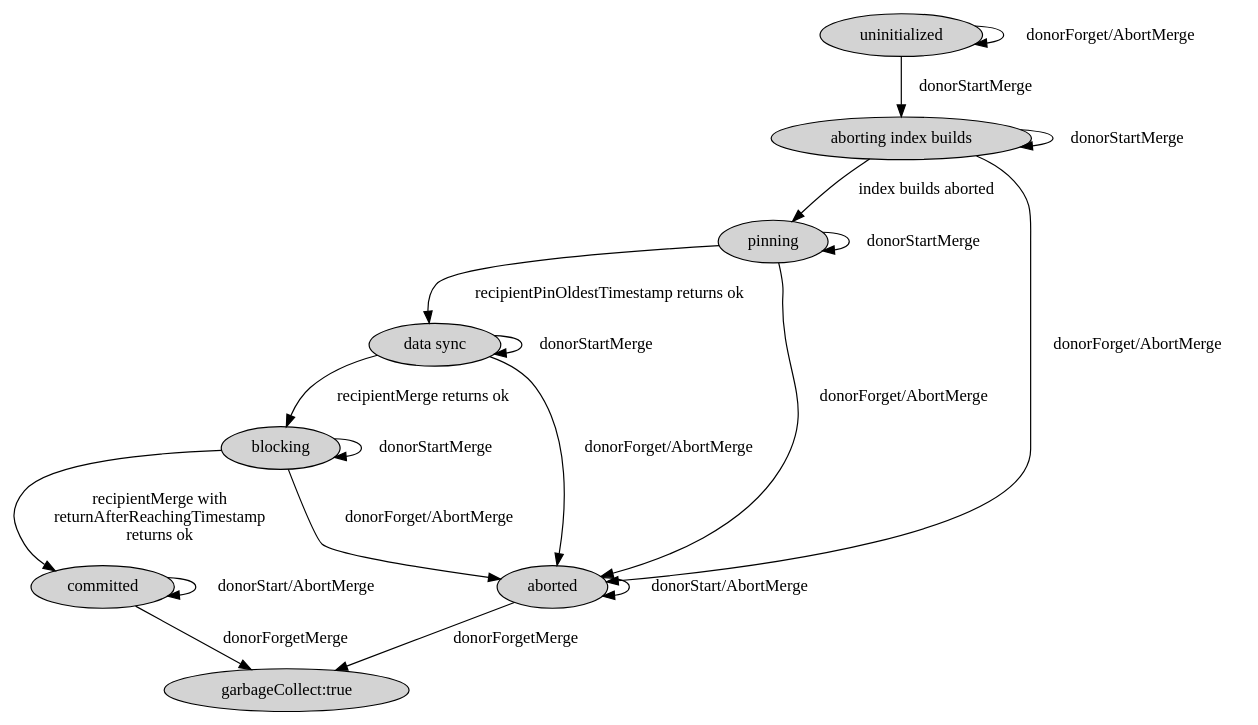
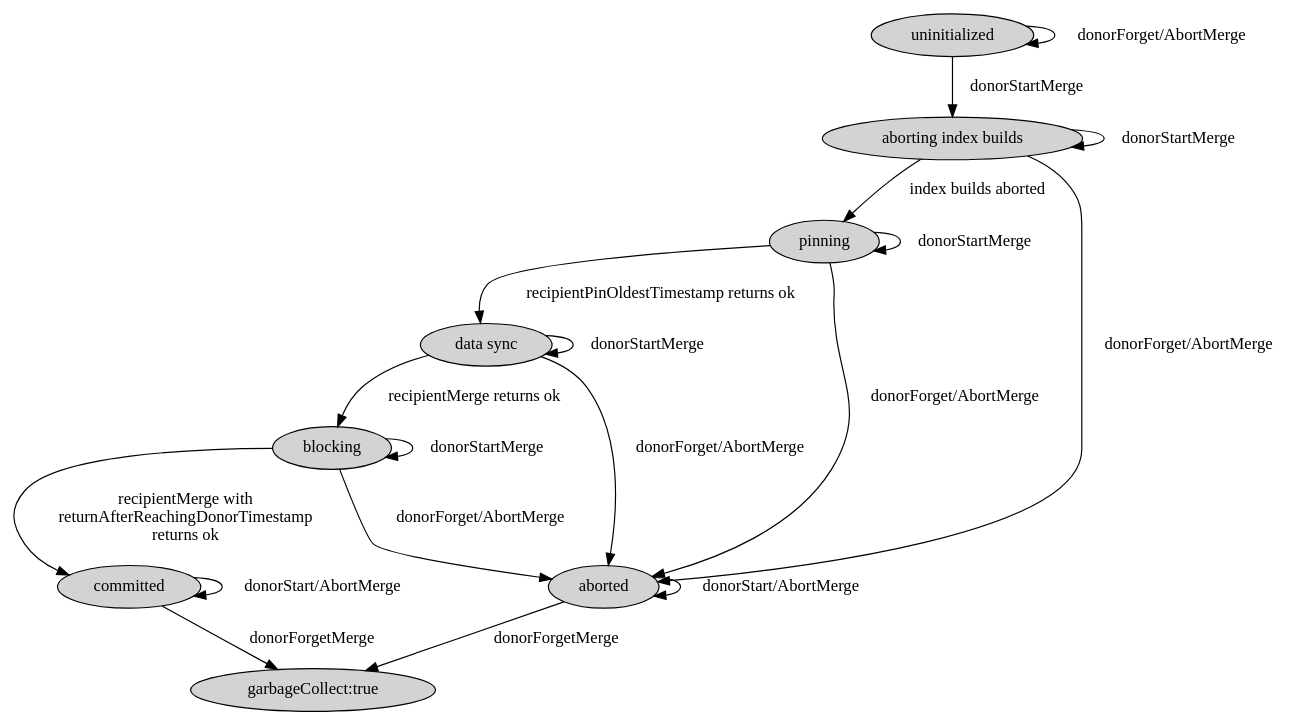
Before and after one commit to ajdavis/begin-implementing-merge: the diagram in merge-donor.dot, drawn with Graphviz.

Commit message:
fix param name

```diff
--- a/merge-donor.dot
+++ b/merge-donor.dot
@@ -1,29 +1,29 @@
 digraph G {
 	node [style=filled];
     a0 [label="uninitialized"];
     a1 [label="aborting index builds"];
     a7 [label="pinning"];
     a2 [label="data sync"];
     a3 [label="blocking"];
     a4 [label="committed"];
     a5 [label="aborted"];
     a6 [label="garbageCollect:true"];
     a0 -> a0 [label="donorForget/AbortMerge"]
     a0 -> a1 [label="donorStartMerge"];
     a1 -> a1 [label="donorStartMerge"];
     a1 -> a5 [label="donorForget/AbortMerge"]
     a1 -> a7 [label="index builds aborted"];
     a7 -> a7 [label="donorStartMerge"];
     a7 -> a2 [label="recipientPinOldestTimestamp returns ok"];
     a7 -> a5 [label="donorForget/AbortMerge"]
     a2 -> a2 [label="donorStartMerge"];
     a2 -> a5 [label="donorForget/AbortMerge"]
     a2 -> a3 [label="recipientMerge returns ok"];
     a3 -> a3 [label="donorStartMerge"];
     a3 -> a5 [label="donorForget/AbortMerge"];
-    a3 -> a4 [label="recipientMerge with\nreturnAfterReachingTimestamp\nreturns ok"];
+    a3 -> a4 [label="recipientMerge with\nreturnAfterReachingDonorTimestamp\nreturns ok"];
     a4 -> a4 [label="donorStart/AbortMerge"];
     a4 -> a6 [label="donorForgetMerge"];
     a5 -> a5 [label="donorStart/AbortMerge"];
     a5 -> a6 [label="donorForgetMerge"];
 }
```
